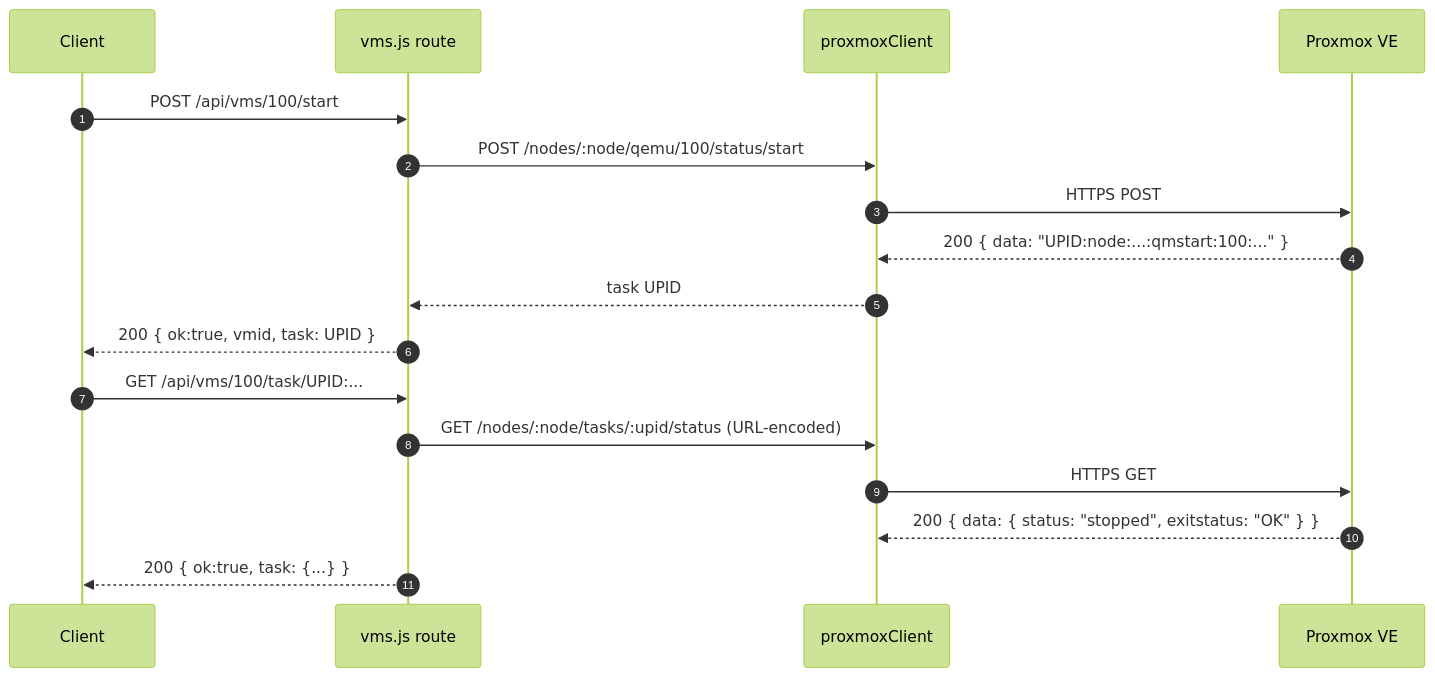
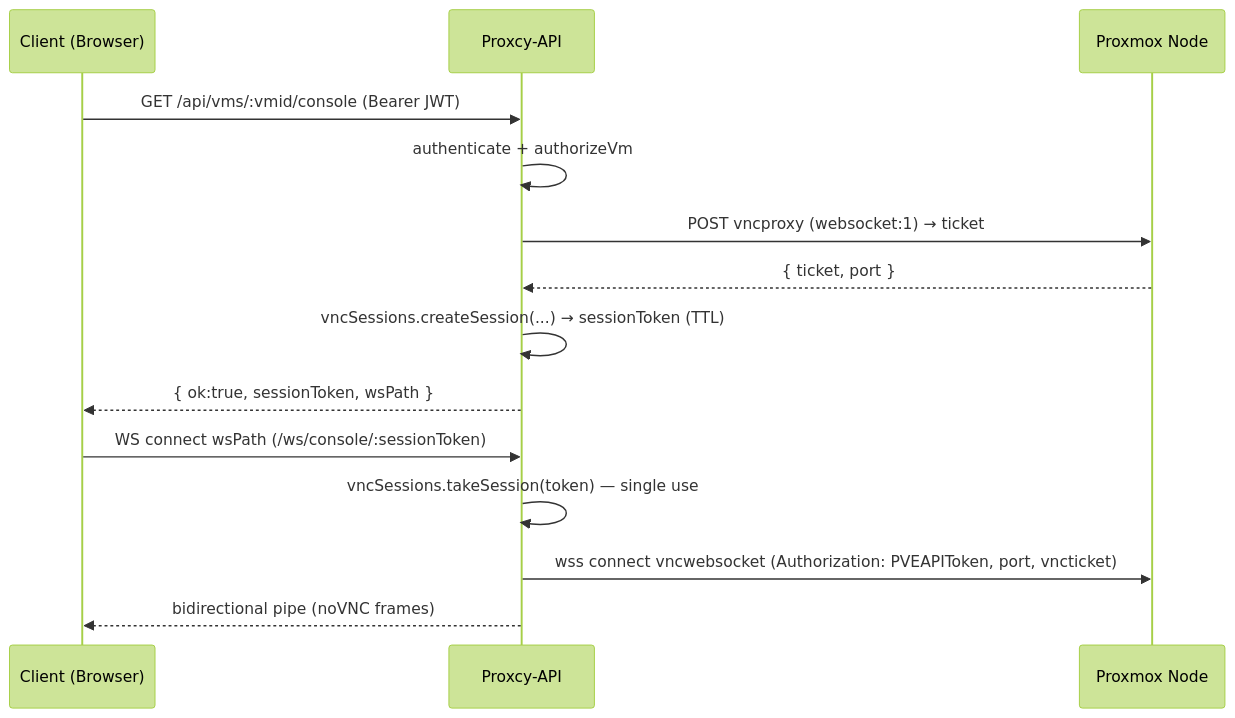
The seventh of 7 diagrams in Proxcy-API ↔ Proxmox VE — Architecture & Request Flow.md (1cng-dev/proxmox-proxy), drawn with Mermaid (forest theme) before and after one commit. The commit also changed other lines of this file and 17 other files, not shown here.

````diff
--- a/Proxcy-API ↔ Proxmox VE — Architecture & Request Flow.md
+++ b/Proxcy-API ↔ Proxmox VE — Architecture & Request Flow.md
@@ -148,21 +307,17 @@
 ```mermaid
 sequenceDiagram
-    autonumber
-    participant UI as Client
-    participant RT as vms.js route
-    participant AX as proxmoxClient
-    participant PVE as Proxmox VE
+    participant C as Client (Browser)
+    participant P as Proxcy-API
+    participant X as Proxmox Node
 
-    UI->>RT: POST /api/vms/100/start
-    RT->>AX: POST /nodes/:node/qemu/100/status/start
-    AX->>PVE: HTTPS POST
-    PVE-->>AX: 200 { data: "UPID:node:...:qmstart:100:..." }
-    AX-->>RT: task UPID
-    RT-->>UI: 200 { ok:true, vmid, task: UPID }
-
-    UI->>RT: GET /api/vms/100/task/UPID:...
-    RT->>AX: GET /nodes/:node/tasks/:upid/status (URL-encoded)
-    AX->>PVE: HTTPS GET
-    PVE-->>AX: 200 { data: { status: "stopped", exitstatus: "OK" } }
-    RT-->>UI: 200 { ok:true, task: {...} }
+    C->>P: GET /api/vms/:vmid/console (Bearer JWT)
+    P->>P: authenticate + authorizeVm
+    P->>X: POST vncproxy (websocket:1) → ticket
+    X-->>P: { ticket, port }
+    P->>P: vncSessions.createSession(...) → sessionToken (TTL)
+    P-->>C: { ok:true, sessionToken, wsPath }
+    C->>P: WS connect wsPath (/ws/console/:sessionToken)
+    P->>P: vncSessions.takeSession(token) — single use
+    P->>X: wss connect vncwebsocket (Authorization: PVEAPIToken, port, vncticket)
+    P-->>C: bidirectional pipe (noVNC frames)
 ```
````
